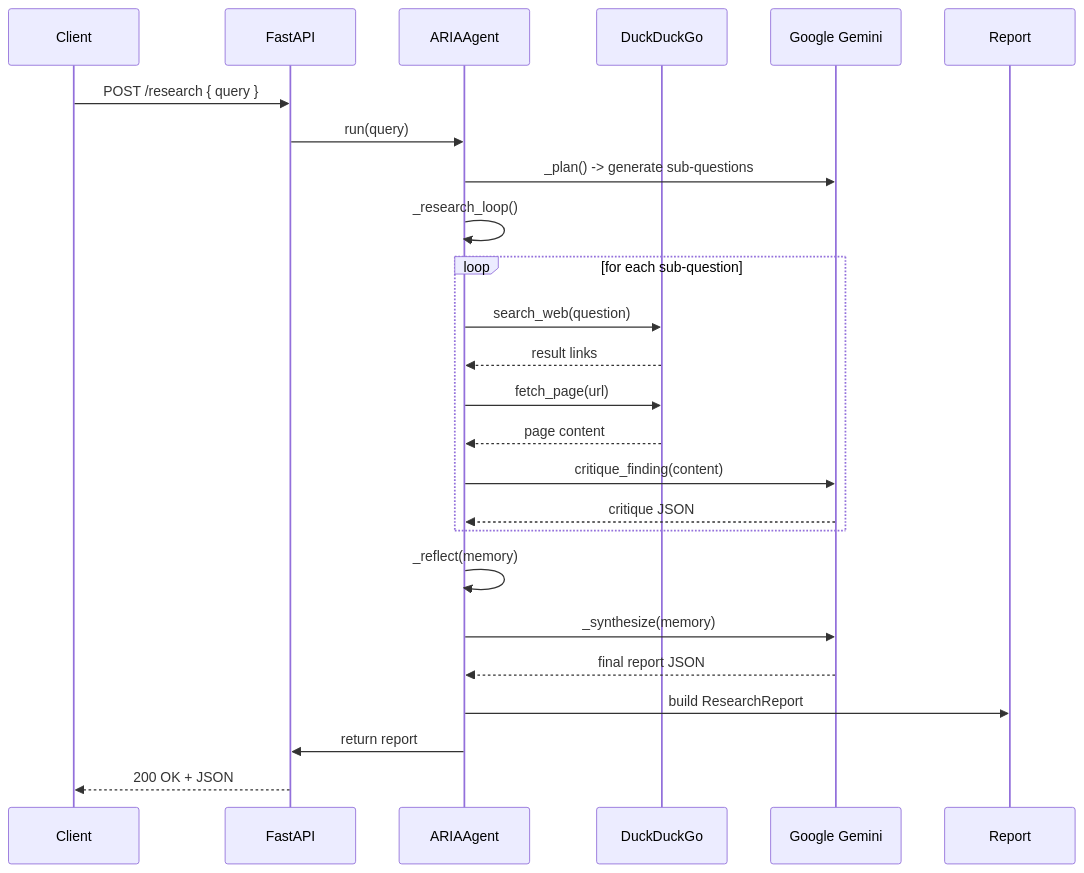
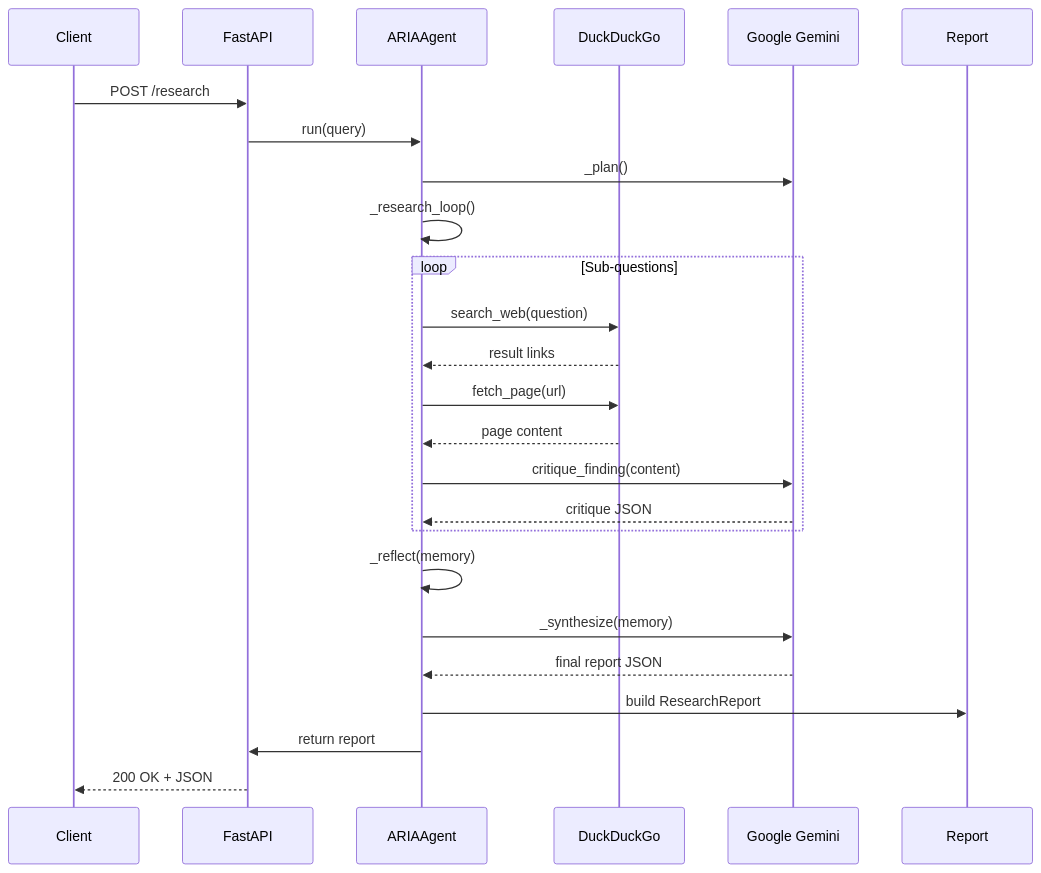
The second of 3 diagrams in README.md (suryaraj05/aria-agent), drawn with Mermaid before and after one commit. The commit also changed other lines of this file, not shown here.

````diff
--- a/README.md
+++ b/README.md
@@ -83,28 +97,28 @@
 ```mermaid
 sequenceDiagram
     participant Client
     participant API as FastAPI
     participant Agent as ARIAAgent
     participant Search as DuckDuckGo
     participant Gemini as Google Gemini
     participant Report
 
-    Client->>API: POST /research { query }
+    Client->>API: POST /research
     API->>Agent: run(query)
-    Agent->>Gemini: _plan() -> generate sub-questions
+    Agent->>Gemini: _plan()
     Agent->>Agent: _research_loop()
-    loop for each sub-question
+    loop Sub-questions
         Agent->>Search: search_web(question)
         Search-->>Agent: result links
         Agent->>Search: fetch_page(url)
         Search-->>Agent: page content
         Agent->>Gemini: critique_finding(content)
         Gemini-->>Agent: critique JSON
     end
     Agent->>Agent: _reflect(memory)
     Agent->>Gemini: _synthesize(memory)
     Gemini-->>Agent: final report JSON
     Agent->>Report: build ResearchReport
     Agent->>API: return report
     API-->>Client: 200 OK + JSON
 ```
````
